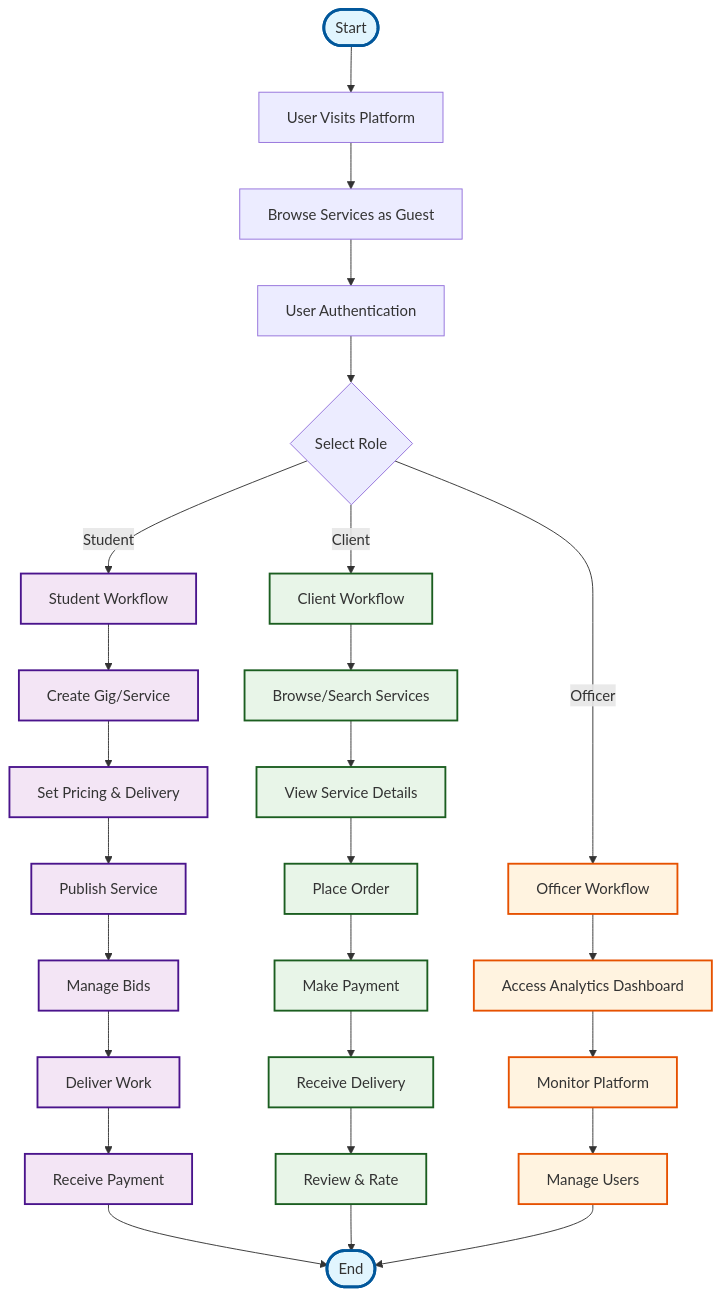
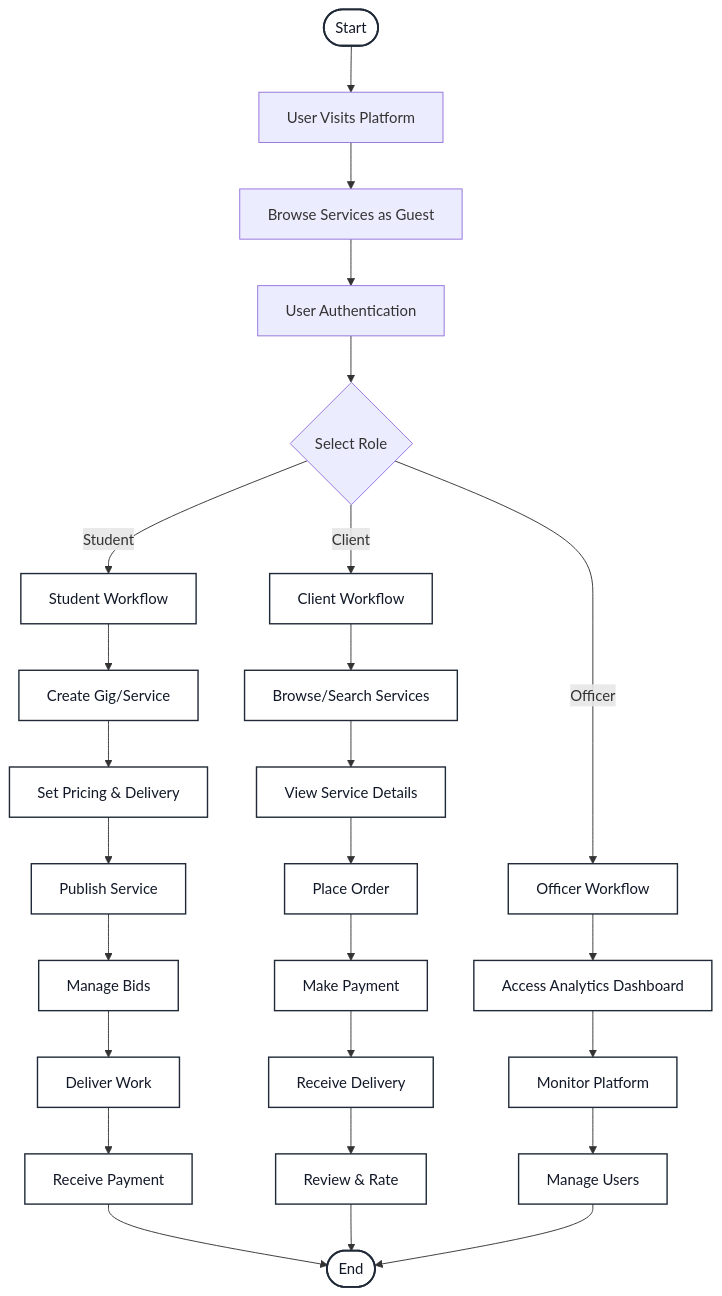
One commit to Om7035/student-market changed the first of 11 diagrams in ARCHITECTURE_DIAGRAMS.md. Above: the diagram before and after it, drawn with Mermaid. The commit also changed other lines of this file, not shown here.

````diff
--- a/ARCHITECTURE_DIAGRAMS.md
+++ b/ARCHITECTURE_DIAGRAMS.md
@@ -10,45 +10,46 @@
 ```mermaid
+%%{init: { 'theme': 'base', 'themeVariables': { 'background': '#ffffff', 'primaryColor': '#ffffff', 'secondaryColor': '#ffffff', 'tertiaryColor': '#ffffff', 'primaryTextColor': '#111827', 'textColor': '#111827', 'titleColor': '#111827', 'lineColor': '#1f2937', 'primaryBorderColor': '#1f2937', 'defaultLinkColor': '#1f2937', 'edgeLabelBackground': '#ffffff', 'arrowheadColor': '#1f2937', 'clusterBkg': '#ffffff', 'clusterBorder': '#1f2937', 'fontFamily': 'Inter, ui-sans-serif, system-ui, -apple-system, Segoe UI, Roboto, Helvetica, Arial, "Apple Color Emoji", "Segoe UI Emoji"', 'fontSize': '14px' }, 'flowchart': { 'nodeSpacing': 40, 'rankSpacing': 60, 'padding': 12 } }}%%
 flowchart TD
     Start([Start]) --> Visit[User Visits Platform]
     
     Visit --> Browse[Browse Services as Guest]
     Browse --> Auth[User Authentication]
     
     Auth --> SelectRole{Select Role}
     
     SelectRole -->|Student| StudentFlow[Student Workflow]
     SelectRole -->|Client| ClientFlow[Client Workflow]
     SelectRole -->|Officer| OfficerFlow[Officer Workflow]
     
     StudentFlow --> CreateGig[Create Gig/Service]
     CreateGig --> SetPricing[Set Pricing & Delivery]
     SetPricing --> Publish[Publish Service]
     Publish --> ManageBids[Manage Bids]
     ManageBids --> Deliver[Deliver Work]
     Deliver --> ReceivePayment[Receive Payment]
     
     ClientFlow --> BrowseServices[Browse/Search Services]
     BrowseServices --> ViewDetails[View Service Details]
     ViewDetails --> PlaceOrder[Place Order]
     PlaceOrder --> MakePayment[Make Payment]
     MakePayment --> ReceiveDelivery[Receive Delivery]
     ReceiveDelivery --> Review[Review & Rate]
     
     OfficerFlow --> Dashboard[Access Analytics Dashboard]
     Dashboard --> Monitor[Monitor Platform]
     Monitor --> ManageUsers[Manage Users]
     
     ReceivePayment --> End([End])
     Review --> End
     ManageUsers --> End
     
-    classDef startEnd fill:#e1f5fe,stroke:#01579b,stroke-width:3px
-    classDef studentBox fill:#f3e5f5,stroke:#4a148c,stroke-width:2px
-    classDef clientBox fill:#e8f5e8,stroke:#1b5e20,stroke-width:2px
-    classDef officerBox fill:#fff3e0,stroke:#e65100,stroke-width:2px
+    classDef startEnd fill:#ffffff,stroke:#1f2937,stroke-width:2px,color:#111827
+    classDef studentBox fill:#ffffff,stroke:#1f2937,stroke-width:1.5px,color:#111827
+    classDef clientBox fill:#ffffff,stroke:#1f2937,stroke-width:1.5px,color:#111827
+    classDef officerBox fill:#ffffff,stroke:#1f2937,stroke-width:1.5px,color:#111827
     
     class Start,End startEnd
     class StudentFlow,CreateGig,SetPricing,Publish,ManageBids,Deliver,ReceivePayment studentBox
     class ClientFlow,BrowseServices,ViewDetails,PlaceOrder,MakePayment,ReceiveDelivery,Review clientBox
     class OfficerFlow,Dashboard,Monitor,ManageUsers officerBox
 ```
````
